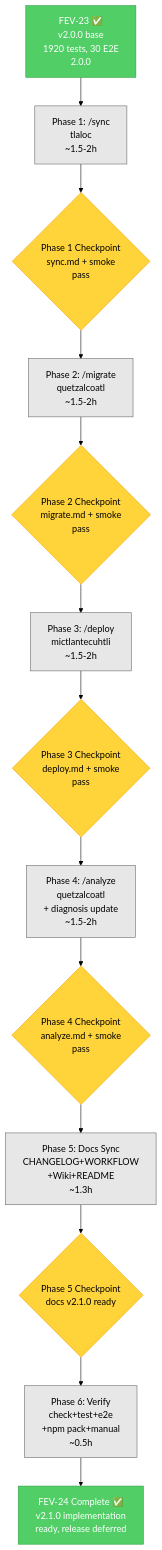
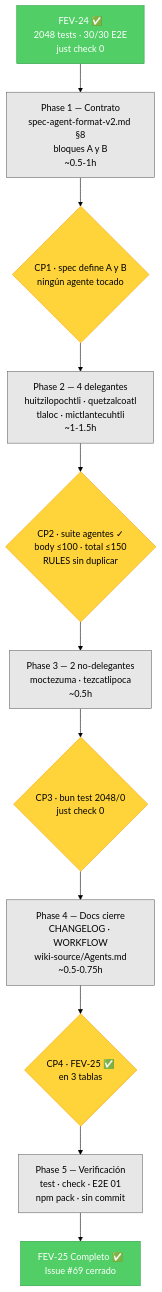
Before and after one commit to Fisherk2/codice-opencode: the first of 2 diagrams in tasks/plan.md, drawn with Mermaid (forest theme). The commit also changed other lines of this file and 1 other file, not shown here.

First line of the commit message:
docs(tasks): FEV-25 implementation plan for primary agent delegation rules

````diff
--- a/tasks/plan.md
+++ b/tasks/plan.md
@@ -193,20 +155,18 @@
 ```mermaid
 graph TD
-    F23[FEV-23 ✅<br/>v2.0.0 base<br/>1920 tests, 30 E2E<br/>2.0.0]:::done --> P1
-    P1[Phase 1: /sync<br/>tlaloc<br/>~1.5-2h]:::seq --> CP1
-    CP1{Phase 1 Checkpoint<br/>sync.md + smoke<br/>pass}:::gate --> P2
-    P2[Phase 2: /migrate<br/>quetzalcoatl<br/>~1.5-2h]:::seq --> CP2
-    CP2{Phase 2 Checkpoint<br/>migrate.md + smoke<br/>pass}:::gate --> P3
-    P3[Phase 3: /deploy<br/>mictlantecuhtli<br/>~1.5-2h]:::seq --> CP3
-    CP3{Phase 3 Checkpoint<br/>deploy.md + smoke<br/>pass}:::gate --> P4
-    P4[Phase 4: /analyze<br/>quetzalcoatl<br/>+ diagnosis update<br/>~1.5-2h]:::seq --> CP4
-    CP4{Phase 4 Checkpoint<br/>analyze.md + smoke<br/>pass}:::gate --> P5
-    P5[Phase 5: Docs Sync<br/>CHANGELOG+WORKFLOW<br/>+Wiki+README<br/>~1.3h]:::seq --> CP5
-    CP5{Phase 5 Checkpoint<br/>docs v2.1.0 ready}:::gate --> P6
-    P6[Phase 6: Verify<br/>check+test+e2e<br/>+npm pack+manual<br/>~0.5h]:::seq --> DONE
-    DONE[FEV-24 Complete ✅<br/>v2.1.0 implementation<br/>ready, release deferred]:::done
+    F24[FEV-24 ✅<br/>2048 tests · 30/30 E2E<br/>just check 0]:::done --> P1
+    P1[Phase 1 — Contrato<br/>spec-agent-format-v2.md §8<br/>bloques A y B<br/>~0.5-1h]:::seq --> CP1
+    CP1{CP1 · spec define A y B<br/>ningún agente tocado}:::gate --> P2
+    P2[Phase 2 — 4 delegantes<br/>huitzilopochtli · quetzalcoatl<br/>tlaloc · mictlantecuhtli<br/>~1-1.5h]:::seq --> CP2
+    CP2{CP2 · suite agentes ✓<br/>body ≤100 · total ≤150<br/>RULES sin duplicar}:::gate --> P3
+    P3[Phase 3 — 2 no-delegantes<br/>moctezuma · tezcatlipoca<br/>~0.5h]:::seq --> CP3
+    CP3{CP3 · bun test 2048/0<br/>just check 0}:::gate --> P4
+    P4[Phase 4 — Docs cierre<br/>CHANGELOG · WORKFLOW<br/>wiki-source/Agents.md<br/>~0.5-0.75h]:::seq --> CP4
+    CP4{CP4 · FEV-25 ✅<br/>en 3 tablas}:::gate --> P5
+    P5[Phase 5 — Verificación<br/>test · check · E2E 01<br/>npm pack · sin commit]:::seq --> DONE
+    DONE[FEV-25 Completo ✅<br/>Issue #69 cerrado]:::done
 
     classDef done fill:#51cf66,stroke:#2f9e44,color:#fff
     classDef gate fill:#ffd43b,stroke:#f59f00,color:#000
     classDef seq fill:#e7e7e7,stroke:#666,color:#000
 ```
````
